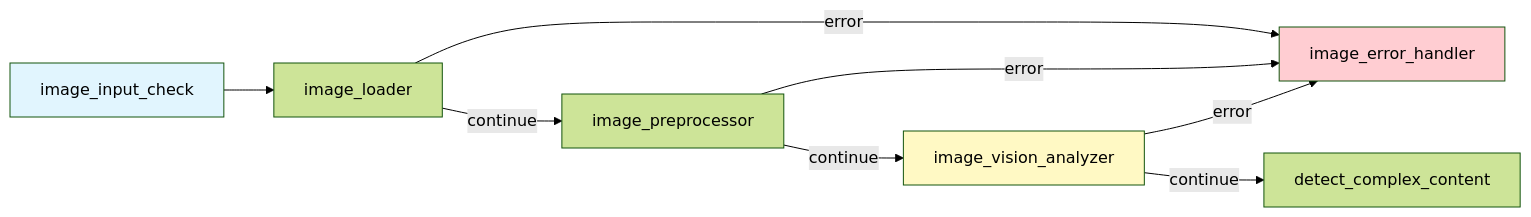
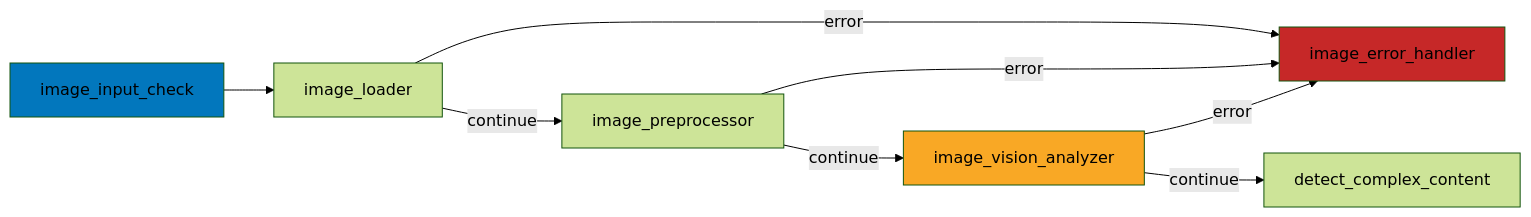
One commit to mindlet-app/docs changed the fourth of 7 diagrams in src/content/docs/architecture/pipelines-traitement.mdx. Above: the diagram before and after it, drawn with Mermaid (forest theme). The commit also changed other lines of this file and 17 other files, not shown here.

First line of the commit message:
feat: Update Mermaid diagrams and enhance documentation clarity

````diff
--- a/src/content/docs/architecture/pipelines-traitement.mdx
+++ b/src/content/docs/architecture/pipelines-traitement.mdx
@@ -257,14 +257,14 @@
 ```mermaid
 graph LR
     A[image_input_check] --> B[image_loader]
     B -->|error| E[image_error_handler]
     B -->|continue| C[image_preprocessor]
     C -->|error| E
     C -->|continue| D[image_vision_analyzer]
     D -->|error| E
     D -->|continue| F[detect_complex_content]
     
-    style A fill:#e1f5fe
-    style D fill:#fff9c4
-    style E fill:#ffcdd2
+    style A fill:#0277bd
+    style D fill:#f9a825
+    style E fill:#c62828
 ```
````
